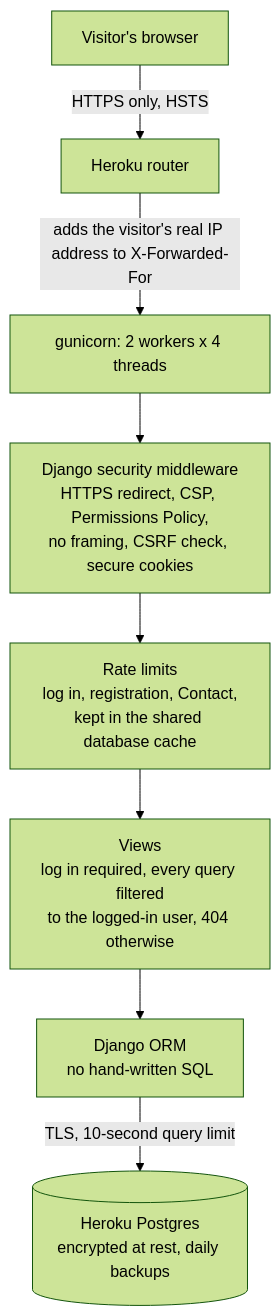
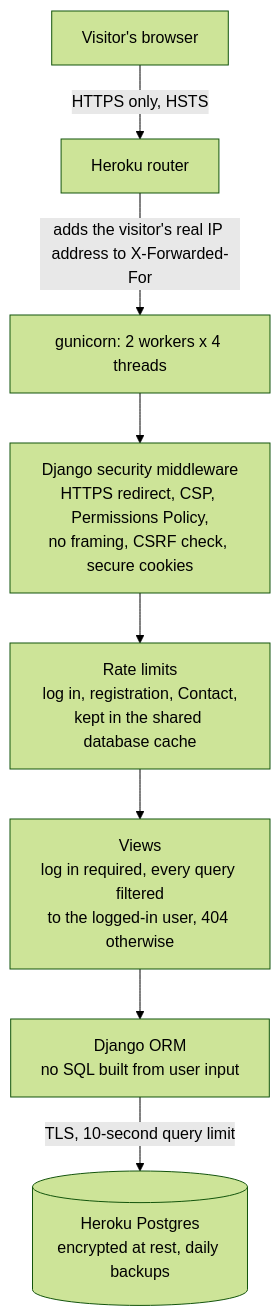
The fifth of 5 diagrams in README.md (J-Codes-Walkz/CardVault), drawn with Mermaid (forest theme) before and after one commit. The commit also changed other lines of this file and 8 other files, not shown here.

````diff
--- a/README.md
+++ b/README.md
@@ -288,10 +283,10 @@
 ```mermaid
 flowchart TD
     A[Visitor's browser] -->|HTTPS only, HSTS| B[Heroku router]
     B -->|adds the visitor's real IP address to X-Forwarded-For| C[gunicorn: 2 workers x 4 threads]
     C --> D[Django security middleware<br>HTTPS redirect, CSP, Permissions Policy,<br>no framing, CSRF check, secure cookies]
     D --> E[Rate limits<br>log in, registration, Contact,<br>kept in the shared database cache]
     E --> F[Views<br>log in required, every query filtered<br>to the logged-in user, 404 otherwise]
-    F --> G[Django ORM<br>no hand-written SQL]
+    F --> G[Django ORM<br>no SQL built from user input]
     G -->|TLS, 10-second query limit| H[(Heroku Postgres<br>encrypted at rest, daily backups)]
 ```
````
